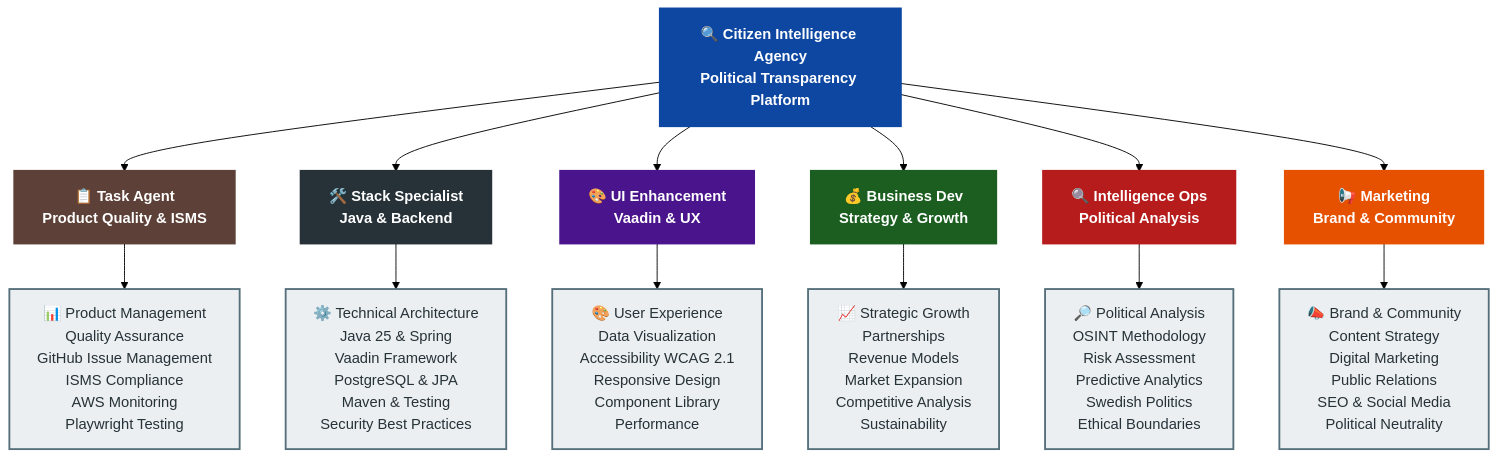
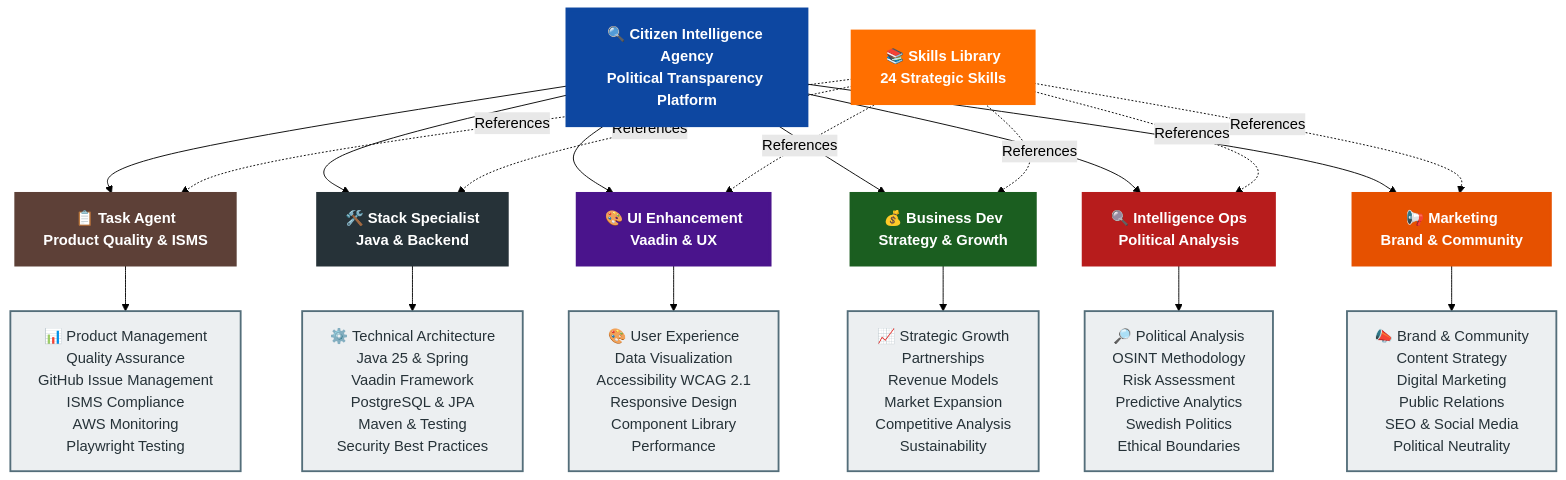
Before and after one commit to Hack23/cia: the first of 2 diagrams in .github/agents/README.md, drawn with Mermaid (forest theme). The commit also changed other lines of this file and 34 other files, not shown here.

First line of the commit message:
Fix MCP server paths, enhance Copilot governance, correct skill references and security patterns, remove agent MCP configurations, and complete Spring Framework stack alignment (#8321)

````diff
--- a/.github/agents/README.md
+++ b/.github/agents/README.md
@@ -13,36 +13,46 @@
 ```mermaid
 graph TB
     CIA[🔍 Citizen Intelligence Agency<br/>Political Transparency Platform]
+    Skills[📚 Skills Library<br/>24 Strategic Skills]
     
     CIA --> Task[📋 Task Agent<br/>Product Quality & ISMS]
     CIA --> Stack[🛠️ Stack Specialist<br/>Java & Backend]
     CIA --> UI[🎨 UI Enhancement<br/>Vaadin & UX]
     CIA --> Biz[💰 Business Dev<br/>Strategy & Growth]
     CIA --> Intel[🔍 Intelligence Ops<br/>Political Analysis]
     CIA --> Market[📢 Marketing<br/>Brand & Community]
+    
+    Skills -.->|References| Task
+    Skills -.->|References| Stack
+    Skills -.->|References| UI
+    Skills -.->|References| Biz
+    Skills -.->|References| Intel
+    Skills -.->|References| Market
     
     Task --> PM[📊 Product Management<br/>Quality Assurance<br/>GitHub Issue Management<br/>ISMS Compliance<br/>AWS Monitoring<br/>Playwright Testing]
     Stack --> Tech[⚙️ Technical Architecture<br/>Java 25 & Spring<br/>Vaadin Framework<br/>PostgreSQL & JPA<br/>Maven & Testing<br/>Security Best Practices]
     UI --> UX[🎨 User Experience<br/>Data Visualization<br/>Accessibility WCAG 2.1<br/>Responsive Design<br/>Component Library<br/>Performance]
     Biz --> Growth[📈 Strategic Growth<br/>Partnerships<br/>Revenue Models<br/>Market Expansion<br/>Competitive Analysis<br/>Sustainability]
     Intel --> Analysis[🔎 Political Analysis<br/>OSINT Methodology<br/>Risk Assessment<br/>Predictive Analytics<br/>Swedish Politics<br/>Ethical Boundaries]
     Market --> Brand[📣 Brand & Community<br/>Content Strategy<br/>Digital Marketing<br/>Public Relations<br/>SEO & Social Media<br/>Political Neutrality]
     
     classDef projectNode fill:#0D47A1,stroke:#0D47A1,stroke-width:4px,color:#fff,font-weight:bold
+    classDef skillsNode fill:#FF6F00,stroke:#FF6F00,stroke-width:4px,color:#fff,font-weight:bold
     classDef taskNode fill:#5D4037,stroke:#5D4037,stroke-width:3px,color:#fff,font-weight:bold
     classDef stackNode fill:#263238,stroke:#263238,stroke-width:3px,color:#fff,font-weight:bold
     classDef uiNode fill:#4A148C,stroke:#4A148C,stroke-width:3px,color:#fff,font-weight:bold
     classDef bizNode fill:#1B5E20,stroke:#1B5E20,stroke-width:3px,color:#fff,font-weight:bold
     classDef intelNode fill:#B71C1C,stroke:#B71C1C,stroke-width:3px,color:#fff,font-weight:bold
     classDef marketNode fill:#E65100,stroke:#E65100,stroke-width:3px,color:#fff,font-weight:bold
     classDef detailNode fill:#ECEFF1,stroke:#546E7A,stroke-width:2px,color:#263238
     
     class CIA projectNode
+    class Skills skillsNode
     class Task taskNode
     class Stack stackNode
     class UI uiNode
     class Biz bizNode
     class Intel intelNode
     class Market marketNode
     class PM,Tech,UX,Growth,Analysis,Brand detailNode
 ```
````
